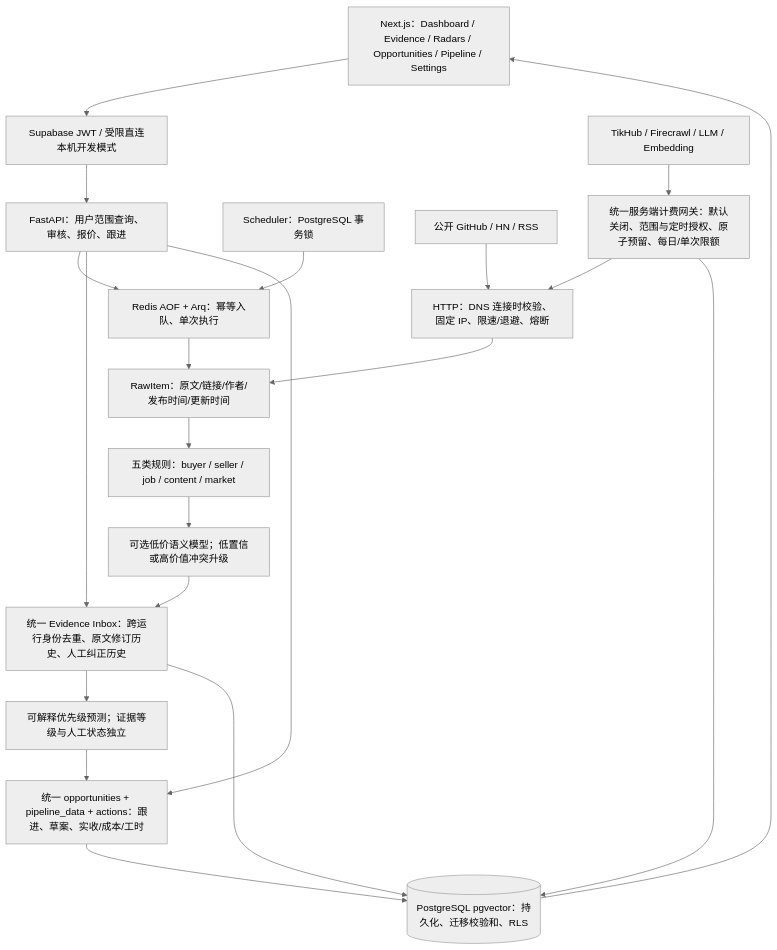
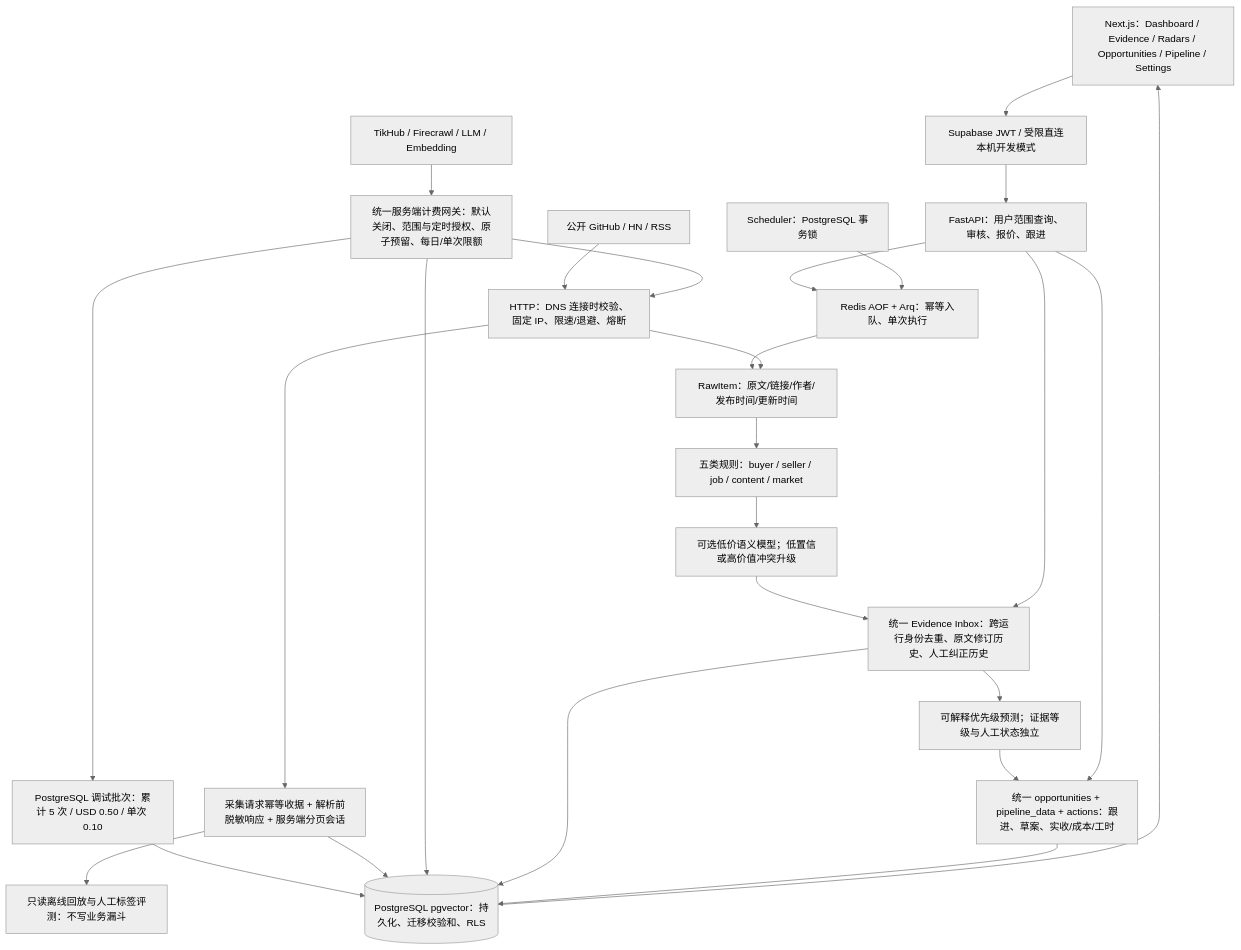
One commit to Joho6666/opportunity-radar changed the diagram in CURRENT_ARCHITECTURE.md. Above: the diagram before and after it, drawn with Mermaid (neutral theme). The commit also changed other lines of this file and 16 other files, not shown here.

````diff
--- a/CURRENT_ARCHITECTURE.md
+++ b/CURRENT_ARCHITECTURE.md
@@ -5,31 +5,37 @@
 ```mermaid
 flowchart TB
  UI[Next.js：Dashboard / Evidence / Radars / Opportunities / Pipeline / Settings]
  AUTH[Supabase JWT / 受限直连本机开发模式]
  API[FastAPI：用户范围查询、审核、报价、跟进]
  QUEUE[Redis AOF + Arq：幂等入队、单次执行]
  SCH[Scheduler：PostgreSQL 事务锁]
  FREE[公开 GitHub / HN / RSS]
  PAID[TikHub / Firecrawl / LLM / Embedding]
  BILL[统一服务端计费网关：默认关闭、范围与定时授权、原子预留、每日/单次限额]
+ BATCH[PostgreSQL 调试批次：累计 5 次 / USD 0.50 / 单次 0.10]
+ RECEIPT[采集请求幂等收据 + 解析前脱敏响应 + 服务端分页会话]
+ REPLAY[只读离线回放与人工标签评测：不写业务漏斗]
  HTTP[HTTP：DNS 连接时校验、固定 IP、限速/退避、熔断]
  RAW[RawItem：原文/链接/作者/发布时间/更新时间]
  RULE[五类规则：buyer / seller / job / content / market]
  AI[可选低价语义模型；低置信或高价值冲突升级]
  EVID[统一 Evidence Inbox：跨运行身份去重、原文修订历史、人工纠正历史]
  SCORE[可解释优先级预测；证据等级与人工状态独立]
  CRM[统一 opportunities + pipeline_data + actions：跟进、草案、实收/成本/工时]
  PG[(PostgreSQL pgvector：持久化、迁移校验和、RLS)]
  UI --> AUTH --> API
  API --> QUEUE
  SCH --> QUEUE --> RAW
  FREE --> HTTP --> RAW
  PAID --> BILL --> HTTP
+ BILL --> BATCH --> PG
+ HTTP --> RECEIPT --> PG
+ RECEIPT --> REPLAY
  RAW --> RULE --> AI --> EVID --> SCORE --> CRM
  API --> EVID
  API --> CRM
  BILL --> PG
  EVID --> PG
  CRM --> PG
  PG --> UI
 ```
````
